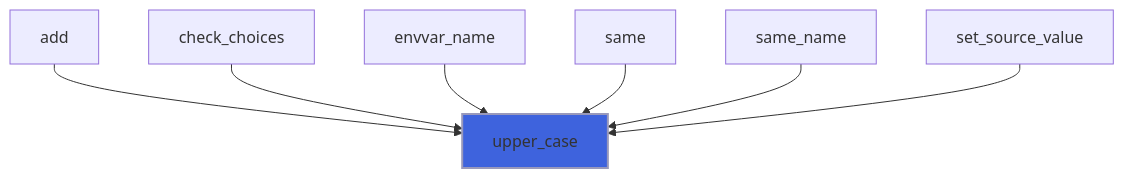
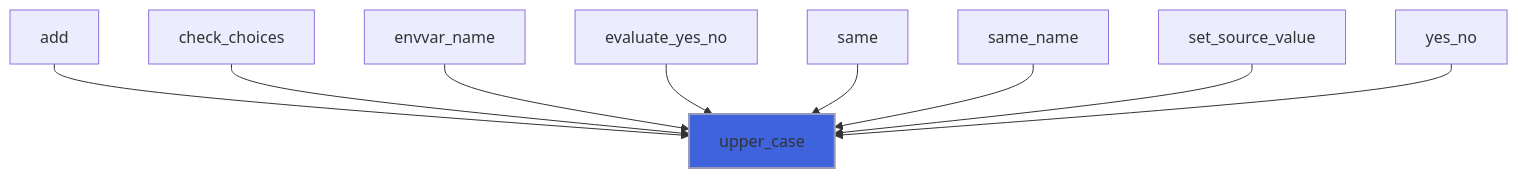
Diagram 15 of 19 in docs/api/src/lib/flap_utils_m.md (szaghi/FLAP), drawn with Mermaid before and after one commit. The commit also changed 6 other files, not shown here.

````diff
--- a/docs/api/src/lib/flap_utils_m.md
+++ b/docs/api/src/lib/flap_utils_m.md
@@ -543,10 +543,12 @@
 ```mermaid
 flowchart TD
   add["add"] --> upper_case["upper_case"]
   check_choices["check_choices"] --> upper_case["upper_case"]
   envvar_name["envvar_name"] --> upper_case["upper_case"]
+  evaluate_yes_no["evaluate_yes_no"] --> upper_case["upper_case"]
   same["same"] --> upper_case["upper_case"]
   same_name["same_name"] --> upper_case["upper_case"]
   set_source_value["set_source_value"] --> upper_case["upper_case"]
+  yes_no["yes_no"] --> upper_case["upper_case"]
   style upper_case fill:#3e63dd,stroke:#99b,stroke-width:2px
 ```
````
